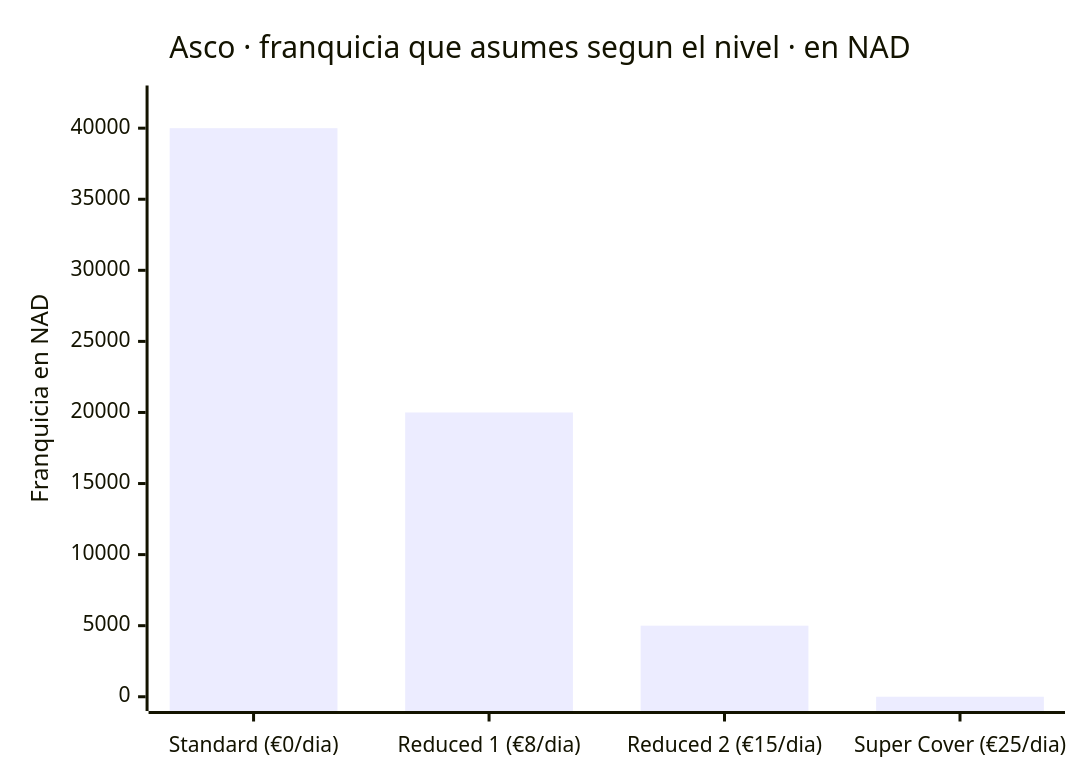
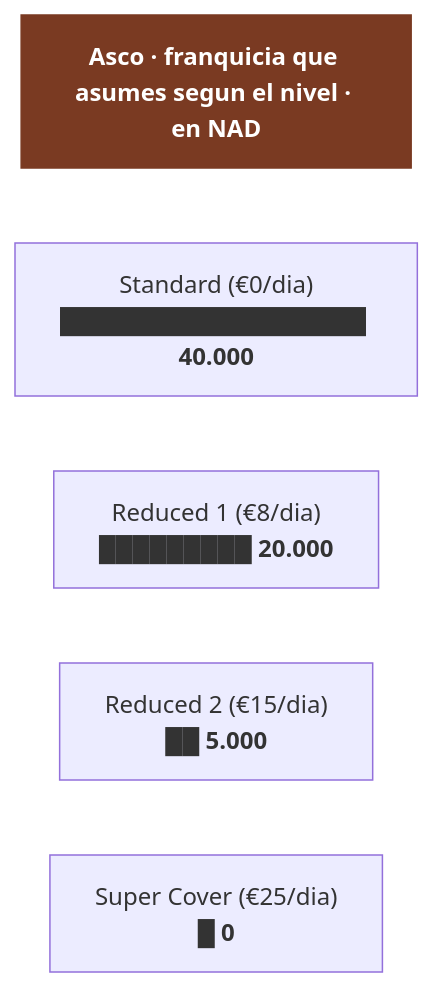
Before and after one commit to morandeirachema/namibia: the first of 3 diagrams in 01-hallazgos-verificados.md, drawn with Mermaid. The commit also changed other lines of this file and 9 other files, not shown here.

Commit message:
Cambiar los 23 graficos xychart-beta por barras de flowchart: GitHub no renderiza los tipos beta de Mermaid

````diff
--- a/01-hallazgos-verificados.md
+++ b/01-hallazgos-verificados.md
@@ -91,7 +91,13 @@
 ```mermaid
-xychart-beta
-    title "Asco · franquicia que asumes segun el nivel · en NAD"
-    x-axis ["Standard (€0/dia)", "Reduced 1 (€8/dia)", "Reduced 2 (€15/dia)", "Super Cover (€25/dia)"]
-    y-axis "Franquicia en NAD" 0 --> 42000
-    bar [40000, 20000, 5000, 0]
+flowchart TD
+    T["<b>Asco · franquicia que asumes segun el nivel · en NAD</b>"]
+    n0["Standard (€0/dia)<br/>██████████████████ <b>40.000</b>"]
+    n1["Reduced 1 (€8/dia)<br/>█████████ <b>20.000</b>"]
+    n2["Reduced 2 (€15/dia)<br/>██ <b>5.000</b>"]
+    n3["Super Cover (€25/dia)<br/>█ <b>0</b>"]
+    T ~~~ n0
+    n0 ~~~ n1
+    n1 ~~~ n2
+    n2 ~~~ n3
+    style T fill:#7a3a22,color:#fff,stroke:#7a3a22
 ```
````
